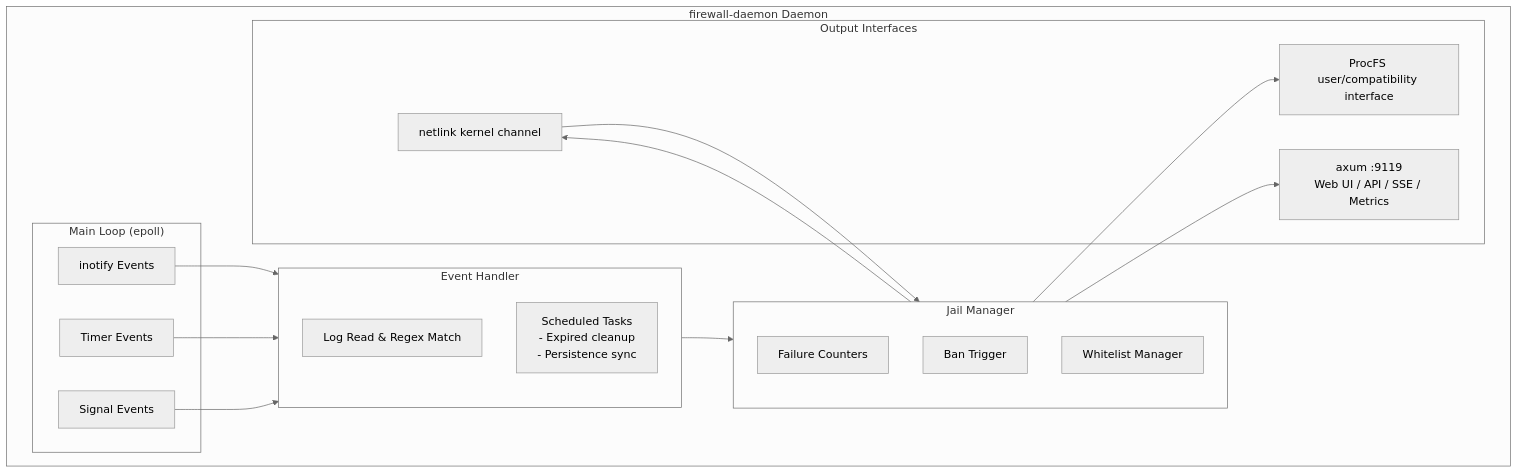
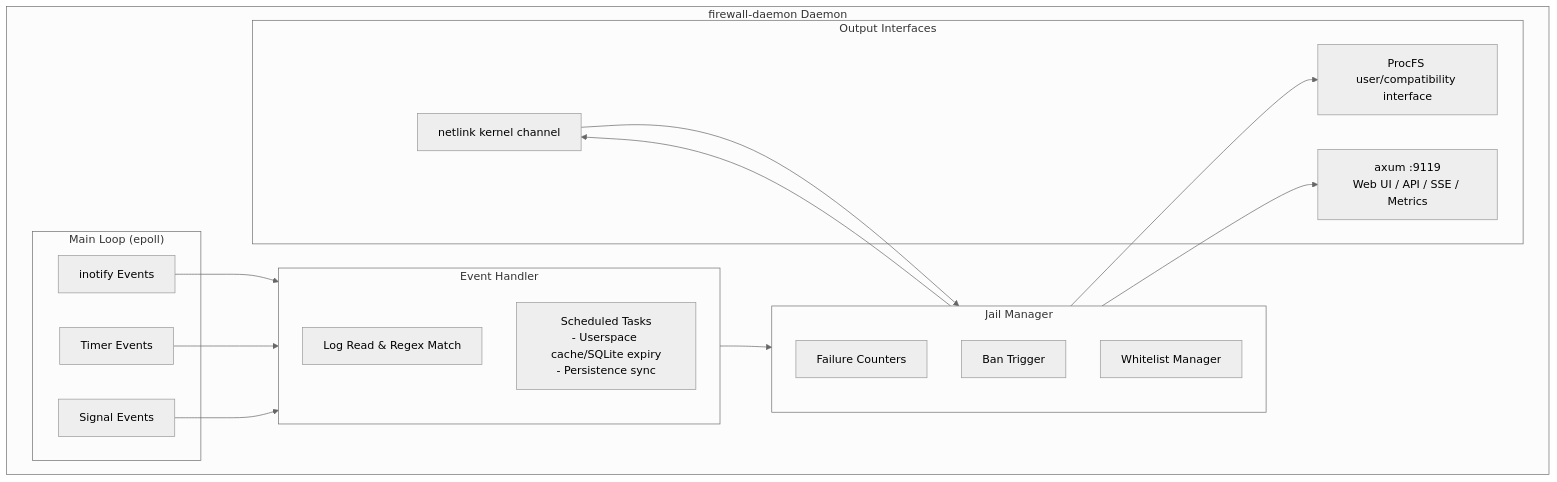
The second of 7 diagrams in docs/en/architecture/daemon.md (SnowCore8/linux-firewall-kmod), drawn with Mermaid (neutral theme) before and after one commit. The commit also changed 9 other files, not shown here.

````diff
--- a/docs/en/architecture/daemon.md
+++ b/docs/en/architecture/daemon.md
@@ -102,36 +102,36 @@
 ```mermaid
 graph TB
     subgraph Daemon["firewall-daemon Daemon"]
         subgraph MainLoop["Main Loop (epoll)"]
             Inotify["inotify Events"]
             Timer["Timer Events"]
             Signal["Signal Events"]
         end
 
         subgraph EventHandler["Event Handler"]
             LogRead["Log Read & Regex Match"]
-            ScheduledTasks["Scheduled Tasks<br/>- Expired cleanup<br/>- Persistence sync"]
+            ScheduledTasks["Scheduled Tasks<br/>- Userspace cache/SQLite expiry<br/>- Persistence sync"]
         end
 
         subgraph JailManager["Jail Manager"]
             FailureCounters["Failure Counters"]
             BanTrigger["Ban Trigger"]
             WhitelistManager["Whitelist Manager"]
         end
 
         subgraph OutputInterfaces["Output Interfaces"]
             Netlink["netlink kernel channel"]
             ProcFS["ProcFS user/compatibility interface"]
             HTTP["axum :9119<br/>Web UI / API / SSE / Metrics"]
         end
 
         Inotify --> EventHandler
         Timer --> EventHandler
         Signal --> EventHandler
         EventHandler --> JailManager
         JailManager --> Netlink
         Netlink --> JailManager
         JailManager --> ProcFS
         JailManager --> HTTP
     end
 ```
````
